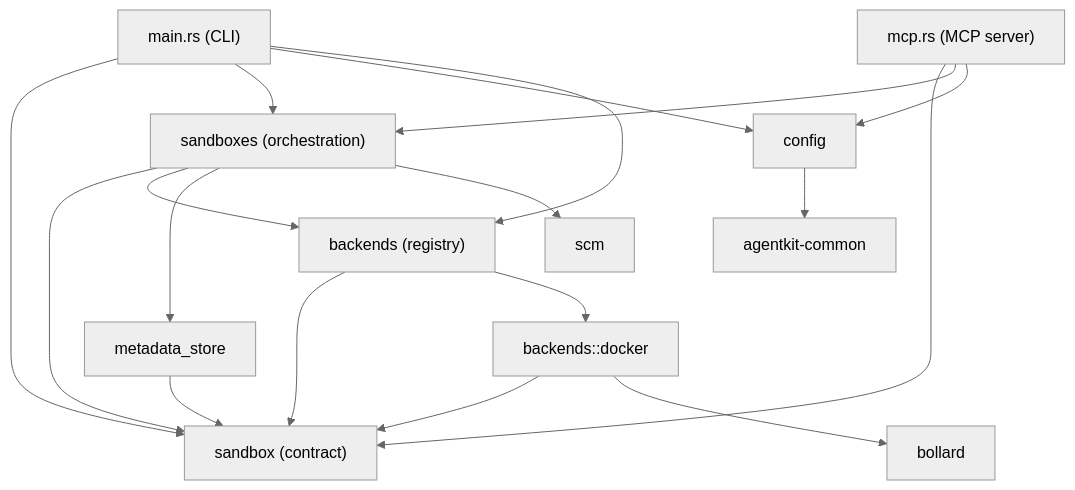
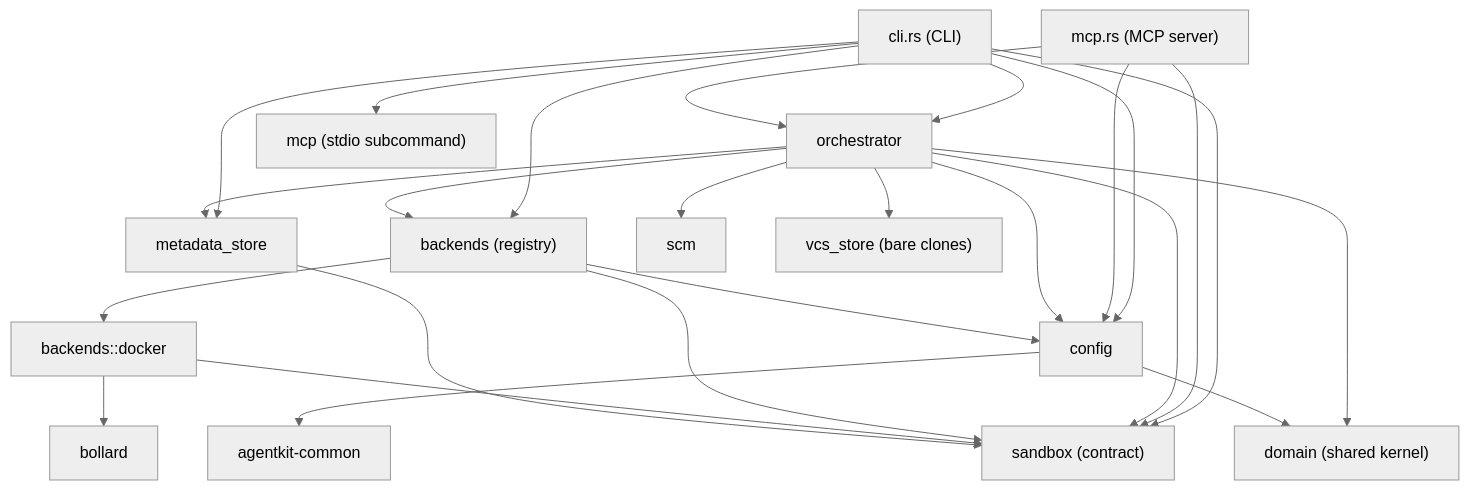
One commit to throwparty/agentkit changed the diagram in adrs/2026-11-03-sandbox-provider-contract/plan.md. Above: the diagram before and after it, drawn with Mermaid (neutral theme). The commit also changed other lines of this file and 8 other files, not shown here.

Commit message:
litterbox-sandbox-provider-contract: T-018 architecture lint and negative fixture

````diff
--- a/adrs/2026-11-03-sandbox-provider-contract/plan.md
+++ b/adrs/2026-11-03-sandbox-provider-contract/plan.md
@@ -38,25 +52,32 @@
 ```mermaid
 flowchart TD
-    CLI["main.rs (CLI)"] --> CONTRACT["sandbox (contract)"]
-    CLI --> SANDBOXES["sandboxes (orchestration)"]
+    CLI["cli.rs (CLI)"] --> CONTRACT["sandbox (contract)"]
+    CLI --> SANDBOXES["orchestrator"]
     CLI --> CONFIG["config"]
     CLI --> REGISTRY["backends (registry)"]
+    CLI --> PERSIST["metadata_store"]
+    CLI --> MCP_SURFACE["mcp (stdio subcommand)"]
 
     MCP["mcp.rs (MCP server)"] --> CONTRACT
     MCP --> SANDBOXES
     MCP --> CONFIG
 
     SANDBOXES --> CONTRACT
     SANDBOXES --> REGISTRY
-    SANDBOXES --> PERSIST["metadata_store"]
+    SANDBOXES --> PERSIST
     SANDBOXES --> SCM["scm"]
+    SANDBOXES --> CONFIG
+    SANDBOXES --> SHARED["domain (shared kernel)"]
+    SANDBOXES --> VCS["vcs_store (bare clones)"]
 
     REGISTRY --> CONTRACT
+    REGISTRY --> CONFIG
     REGISTRY --> DOCKER["backends::docker"]
     DOCKER --> CONTRACT
     PERSIST --> CONTRACT
 
     CONFIG --> APPATH["agentkit-common"]
+    CONFIG --> SHARED
     DOCKER --> BOLLARD["bollard"]
 
 ```
````
